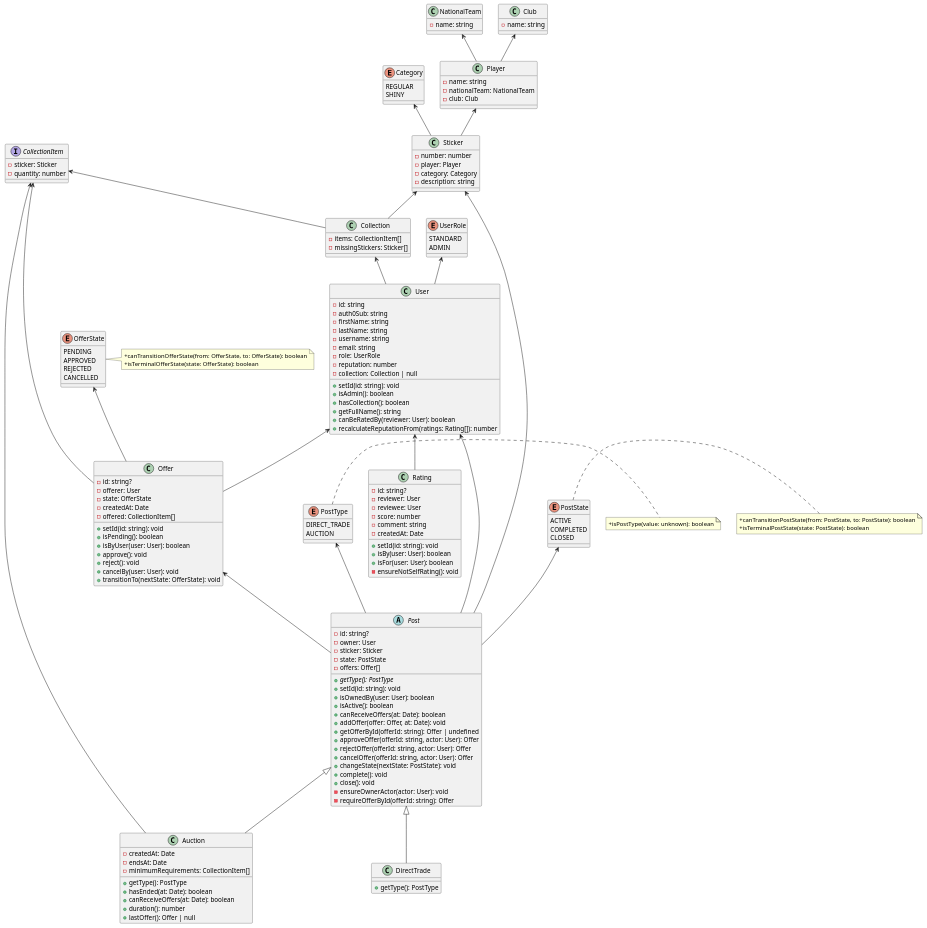
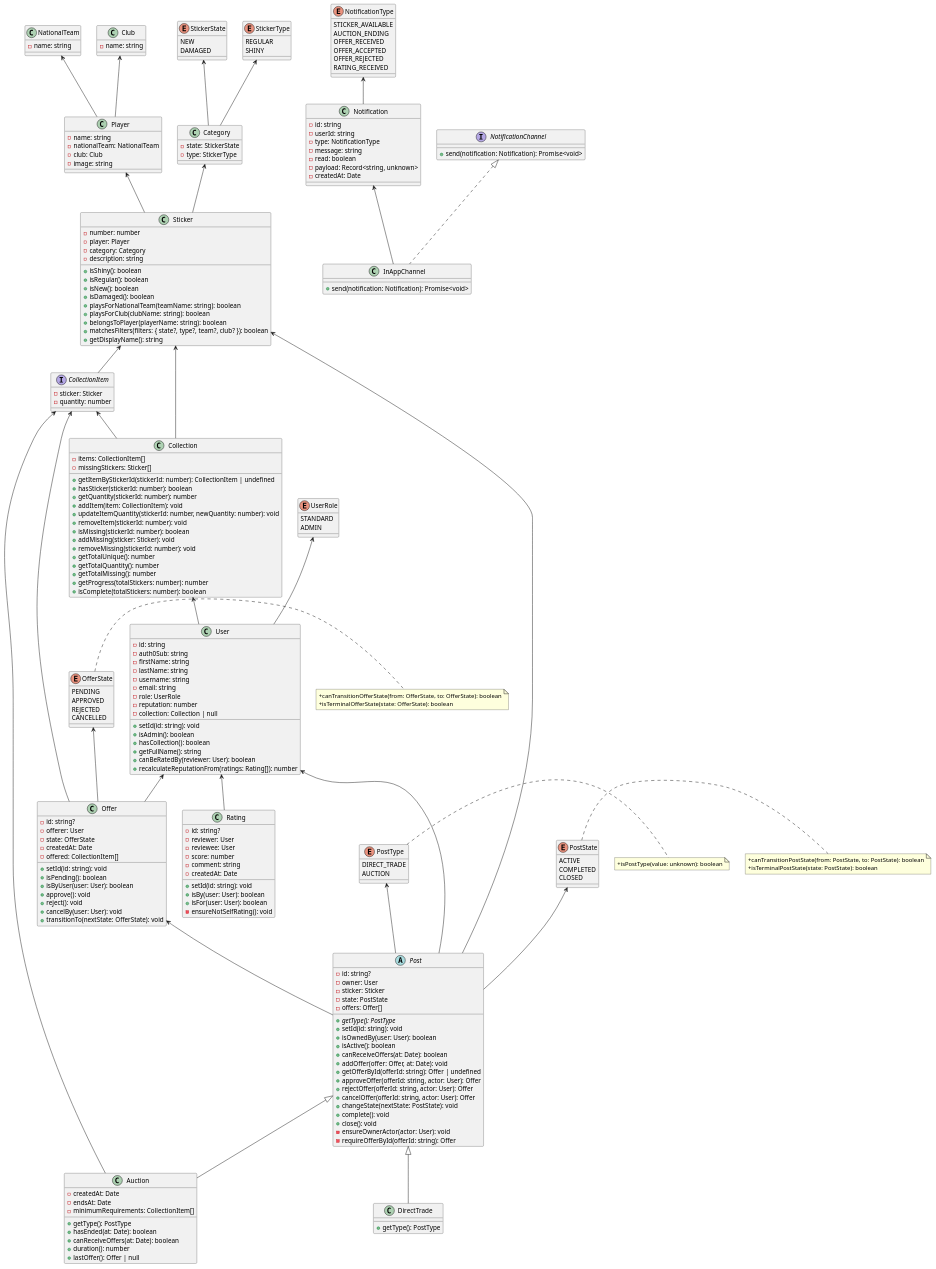
The diagram in backend/class-diagram.puml (AgustinCarlanaRivero/tacs-grupo-1), drawn with PlantUML before and after one commit. The commit also changed 36 other files, not shown here.

Commit message:
Schemas, Zod open api, diagrama de clases corregido, .envs sacados del track

```diff
--- a/backend/class-diagram.puml
+++ b/backend/class-diagram.puml
@@ -1,6 +1,15 @@
 @startuml class-diagram
 
-enum Category {
+' ============================================================
+' Enums
+' ============================================================
+
+enum StickerState {
+  NEW
+  DAMAGED
+}
+
+enum StickerType {
   REGULAR
   SHINY
 }
@@ -42,6 +51,19 @@
   +isPostType(value: unknown): boolean
 end note
 
+enum NotificationType {
+  STICKER_AVAILABLE
+  AUCTION_ENDING
+  OFFER_RECEIVED
+  OFFER_ACCEPTED
+  OFFER_REJECTED
+  RATING_RECEIVED
+}
+
+' ============================================================
+' Value objects / catálogo de figuritas
+' ============================================================
+
 class NationalTeam {
   -name: string
 }
@@ -54,6 +76,12 @@
   -name: string
   -nationalTeam: NationalTeam
   -club: Club
+  -image: string
+}
+
+class Category {
+  -state: StickerState
+  -type: StickerType
 }
 
 class Sticker {
@@ -61,7 +89,20 @@
   -player: Player
   -category: Category
   -description: string
+  +isShiny(): boolean
+  +isRegular(): boolean
+  +isNew(): boolean
+  +isDamaged(): boolean
+  +playsForNationalTeam(teamName: string): boolean
+  +playsForClub(clubName: string): boolean
+  +belongsToPlayer(playerName: string): boolean
+  +matchesFilters(filters: { state?, type?, team?, club? }): boolean
+  +getDisplayName(): string
 }
+
+' ============================================================
+' Usuario y colección
+' ============================================================
 
 class User {
   -id: string
@@ -81,10 +122,33 @@
   +recalculateReputationFrom(ratings: Rating[]): number
 }
 
+interface CollectionItem {
+  -sticker: Sticker
+  -quantity: number
+}
+
 class Collection {
   -items: CollectionItem[]
   -missingStickers: Sticker[]
+  +getItemByStickerId(stickerId: number): CollectionItem | undefined
+  +hasSticker(stickerId: number): boolean
+  +getQuantity(stickerId: number): number
+  +addItem(item: CollectionItem): void
+  +updateItemQuantity(stickerId: number, newQuantity: number): void
+  +removeItem(stickerId: number): void
+  +isMissing(stickerId: number): boolean
+  +addMissing(sticker: Sticker): void
+  +removeMissing(stickerId: number): void
+  +getTotalUnique(): number
+  +getTotalQuantity(): number
+  +getTotalMissing(): number
+  +getProgress(totalStickers: number): number
+  +isComplete(totalStickers: number): boolean
 }
+
+' ============================================================
+' Reputación
+' ============================================================
 
 class Rating {
   -id: string?
@@ -99,10 +163,9 @@
   -ensureNotSelfRating(): void
 }
 
-interface CollectionItem { 
-  -sticker: Sticker
-  -quantity: number
-}
+' ============================================================
+' Ofertas
+' ============================================================
 
 class Offer {
   -id: string?
@@ -118,6 +181,10 @@
   +cancelBy(user: User): void
   +transitionTo(nextState: OfferState): void
 }
+
+' ============================================================
+' Publicaciones (DirectTrade vs Auction)
+' ============================================================
 
 abstract class Post {
   -id: string?
@@ -157,24 +224,59 @@
   +lastOffer(): Offer | null
 }
 
+' ============================================================
+' Notificaciones (entity + Strategy de entrega)
+' ============================================================
+
+class Notification {
+  -id: string
+  -userId: string
+  -type: NotificationType
+  -message: string
+  -read: boolean
+  -payload: Record<string, unknown>
+  -createdAt: Date
+}
+
+interface NotificationChannel {
+  +send(notification: Notification): Promise<void>
+}
+
+class InAppChannel {
+  +send(notification: Notification): Promise<void>
+}
+
+' ============================================================
+' Relaciones
+' ============================================================
+
+' Catálogo
 NationalTeam <-- Player
 Club <-- Player
 
 Player <-- Sticker
 Category <-- Sticker
+StickerState <-- Category
+StickerType <-- Category
 
+' Colección
 Sticker <-- Collection
 CollectionItem <-- Collection
+Sticker <-- CollectionItem
 
-User <-- Rating
-
+' Usuario
 UserRole <-- User
 Collection <-- User
 
+' Reputación
+User <-- Rating
+
+' Ofertas
 User <-- Offer
 CollectionItem <-- Offer
 OfferState <-- Offer
 
+' Publicaciones
 User <-- Post
 Sticker <-- Post
 Offer <-- Post
@@ -186,4 +288,9 @@
 
 CollectionItem <-- Auction
 
+' Notificaciones
+NotificationType <-- Notification
+NotificationChannel <|.. InAppChannel
+Notification <-- InAppChannel
+
 @enduml
```
